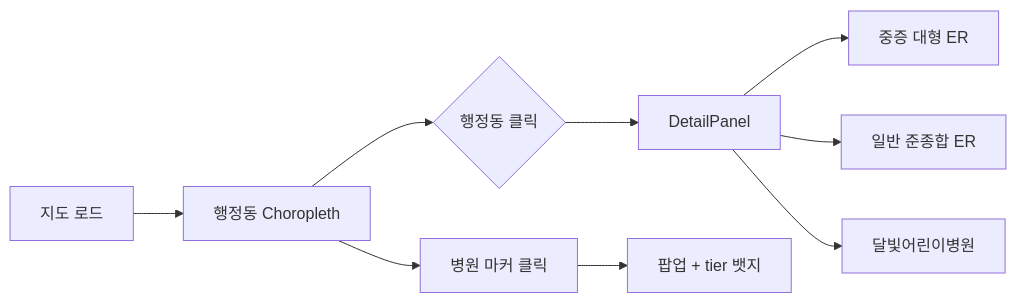
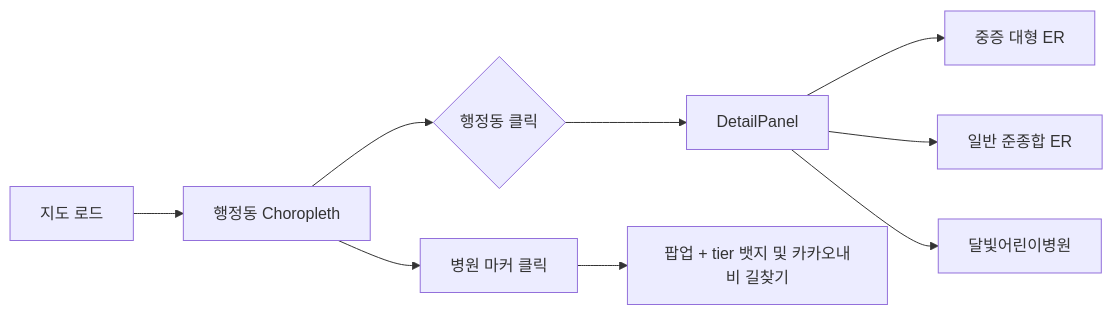
Before and after one commit to ssg-sak/golden-project: the diagram in docs/PORTFOLIO.md, drawn with Mermaid. The commit also changed other lines of this file and 102 other files, not shown here.

````diff
--- a/docs/PORTFOLIO.md
+++ b/docs/PORTFOLIO.md
@@ -56,11 +56,11 @@
 ```mermaid
 flowchart LR
   A[지도 로드] --> B[행정동 Choropleth]
   B --> C{행정동 클릭}
   C --> D[DetailPanel]
   D --> E[중증 대형 ER]
   D --> F[일반 준종합 ER]
   D --> G[달빛어린이병원]
   B --> H[병원 마커 클릭]
-  H --> I[팝업 + tier 뱃지]
+  H --> I[팝업 + tier 뱃지 및 카카오내비 길찾기]
 ```
````
